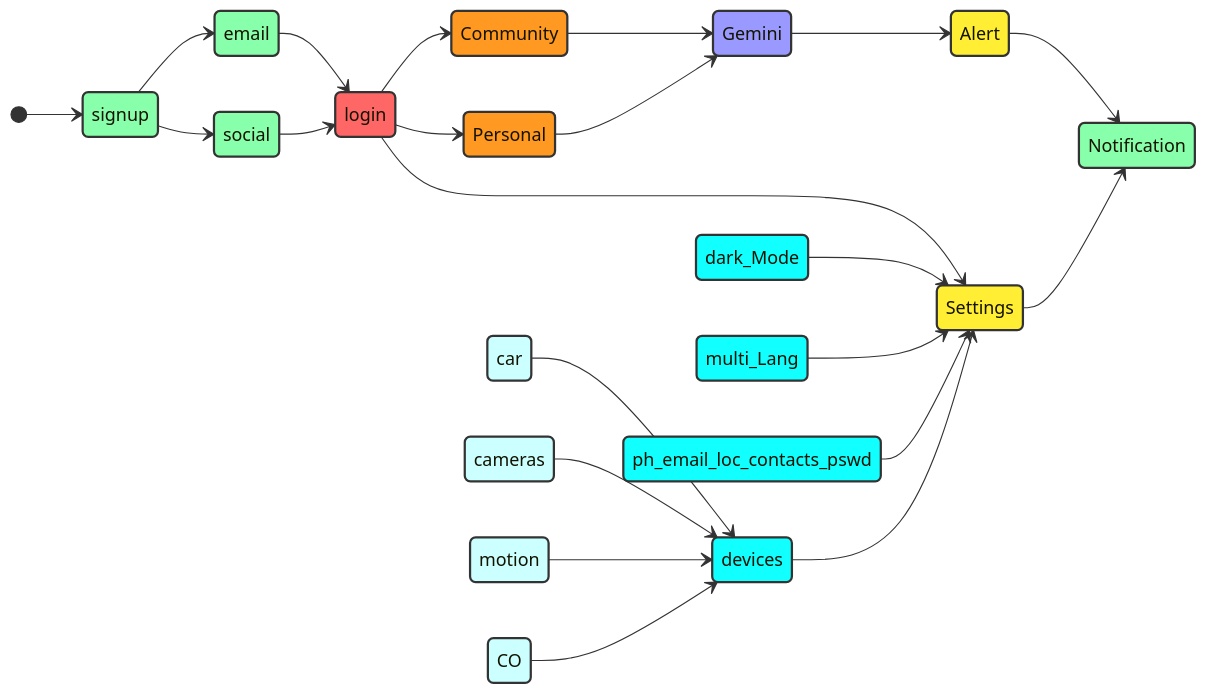
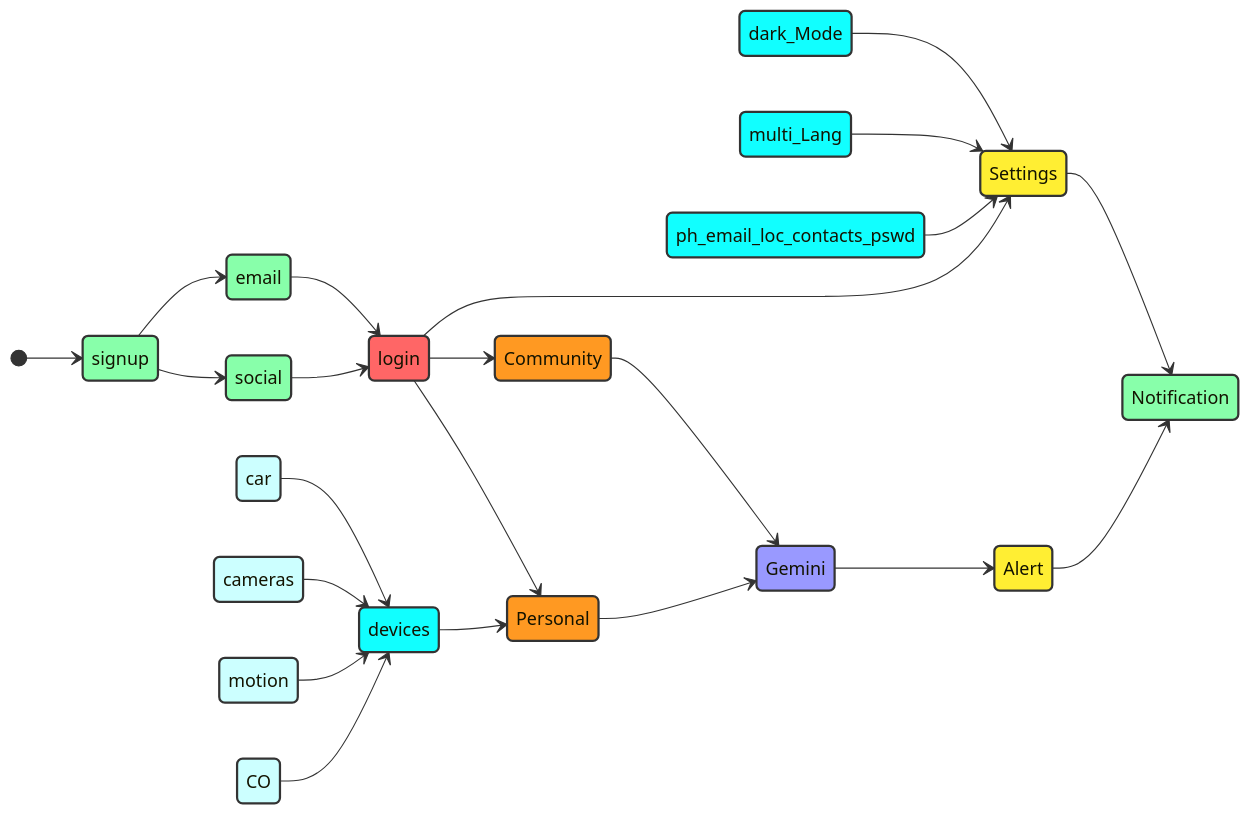
The first of 3 diagrams in README.md (AmitXShukla/GoogleCommunity), drawn with Mermaid before and after one commit. The commit also changed other lines of this file, not shown here.

````diff
--- a/README.md
+++ b/README.md
@@ -27,57 +27,57 @@
 ```mermaid
 stateDiagram-v2
         direction LRstateDiagram-v2
         [*] --> signup
         signup --> email
         signup --> social
         email --> login
         social --> login
         login --> Settings
         dark_Mode --> Settings
         multi_Lang --> Settings
         ph_email_loc_contacts_pswd --> Settings
-        devices --> Settings
+        devices --> Personal
         car --> devices
         cameras --> devices
         motion --> devices
         CO --> devices
         login --> Community
         login --> Personal
         Community --> Gemini
         Personal --> Gemini
         Gemini --> Alert
         Alert --> Notification
         Settings --> Notification
         
 %% Define classes for coloring
     classDef red fill:#ff8,stroke:#333,stroke-width:2px;
     classDef green fill:#8fa,stroke:#333,stroke-width:2px;
     classDef blue fill:#f66,stroke:#333,stroke-width:2px;
     classDef orange fill:#f92,stroke:#333,stroke-width:2px;
     classDef danger fill:#99f,stroke:#333,stroke-width:2px;
     classDef yellow fill:#56f,stroke:#333,stroke-width:2px;
     classDef brown fill:#fe3,stroke:#333,stroke-width:2px;
     classDef neil fill:#1ff,stroke:#333,stroke-width:2px;
     classDef peil fill:#cff,stroke:#333,stroke-width:2px;
 
     %% Apply classes to states
     class signup green
     class email green
     class social green
     class login blue
     class Rider orange
     class Personal orange
     class Community orange
     class Gemini danger
     class Alert brown
     class dark_Mode neil
     class multi_Lang neil
     class ph_email_loc_contacts_pswd neil
     class devices neil
     class car peil
     class cameras peil
     class motion peil
     class CO peil
     class Settings brown
     class Notification green
 ```
````
